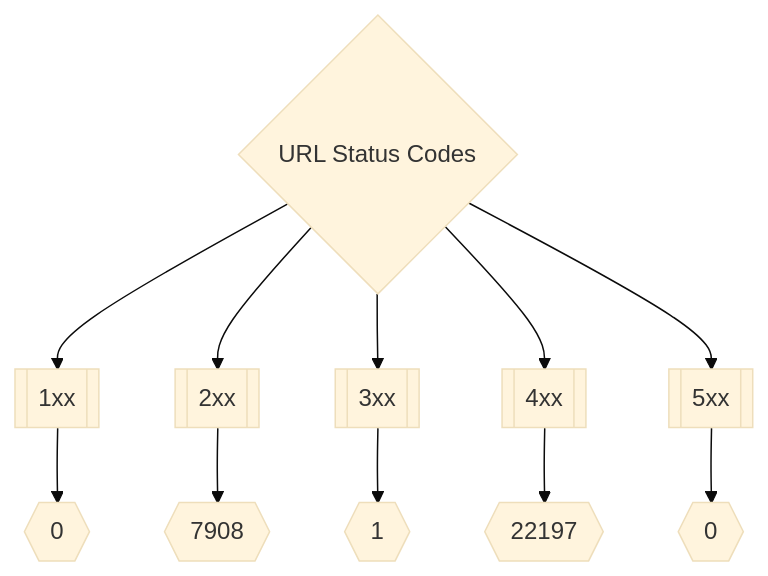
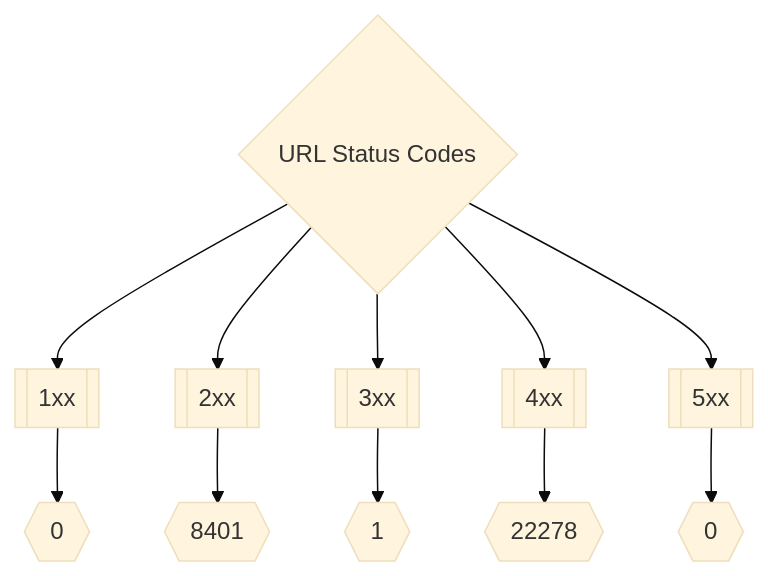
One commit to trickest/inventory changed the second of 3 diagrams in README.md. Above: the diagram before and after it, drawn with Mermaid (base theme). The commit also changed other lines of this file and 84 other files, not shown here.

````diff
--- a/README.md
+++ b/README.md
@@ -173,8 +173,8 @@
 ```mermaid
 graph TD
 title{URL Status Codes} --> 1xx[[1xx]] --> status1xxNum{{0}}
-title --> 2xx[[2xx]] --> status2xxNum{{7908}}
+title --> 2xx[[2xx]] --> status2xxNum{{8401}}
 title --> 3xx[[3xx]] --> status3xxNum{{1}}
-title --> 4xx[[4xx]] --> status4xxNum{{22197}}
+title --> 4xx[[4xx]] --> status4xxNum{{22278}}
 title --> 5xx[[5xx]] --> status5xxNum{{0}}
 ```
````
